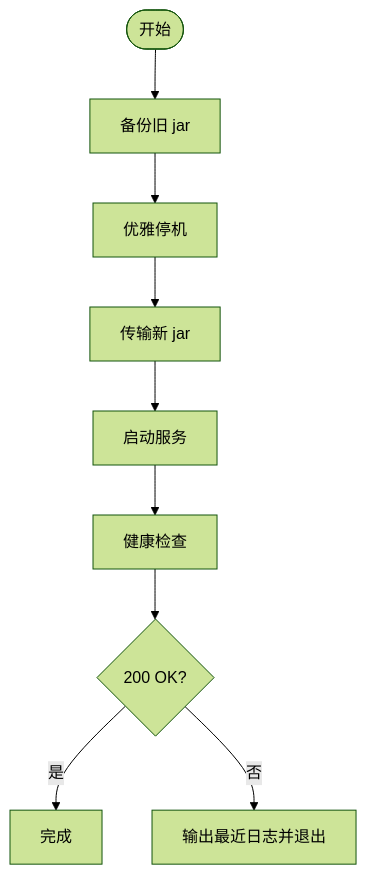
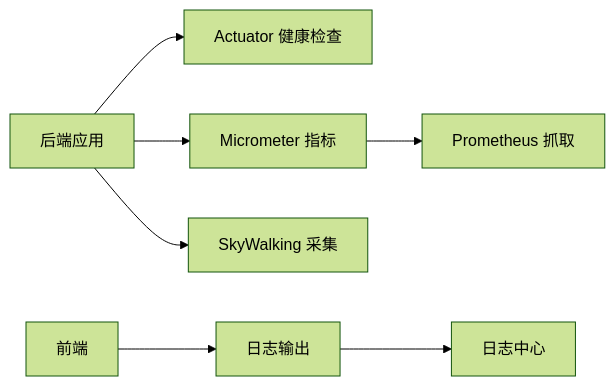
One commit to xiaoche80s-tech/rouyi-vue-pro changed the sixth of 7 diagrams in .qoder/repowiki/zh/content/部署运维/部署运维.md. Above: the diagram before and after it, drawn with Mermaid (forest theme). The commit also changed other lines of this file and 840 other files, not shown here.

````diff
--- a/.qoder/repowiki/zh/content/部署运维/部署运维.md
+++ b/.qoder/repowiki/zh/content/部署运维/部署运维.md
@@ -268,11 +223,9 @@
 ```mermaid
-flowchart TD
-Start(["开始"]) --> Backup["备份旧 jar"]
-Backup --> Stop["优雅停机"]
-Stop --> Transfer["传输新 jar"]
-Transfer --> StartSvc["启动服务"]
-StartSvc --> Health["健康检查"]
-Health --> Ok{"200 OK?"}
-Ok --> |是| Done["完成"]
-Ok --> |否| Tail["输出最近日志并退出"]
+graph LR
+App["后端应用"] --> Actuator["Actuator 健康检查"]
+App --> Micrometer["Micrometer 指标"]
+Micrometer --> Prometheus["Prometheus 抓取"]
+App --> SkyWalking["SkyWalking 采集"]
+Front["前端"] --> Logs["日志输出"]
+Logs --> Central["日志中心"]
 ```
````
